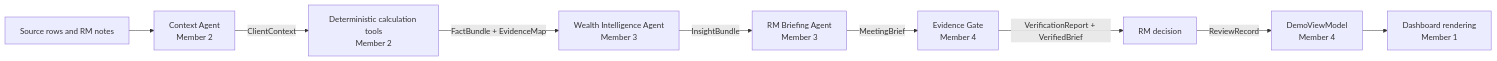
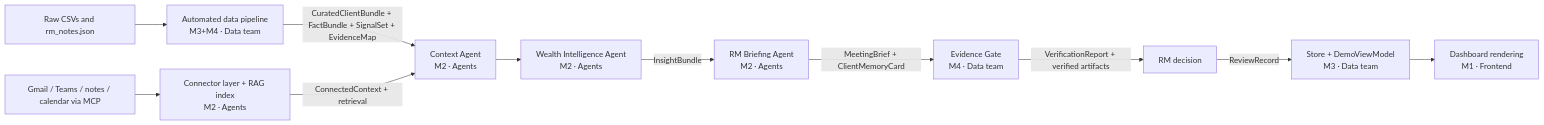
The second of 4 diagrams in docs/PRD_TEAMS_RM_INTELLIGENCE.md (choiwab/SingHacks-2026), drawn with Mermaid before and after one commit. The commit also changed other lines of this file, not shown here.

````diff
--- a/docs/PRD_TEAMS_RM_INTELLIGENCE.md
+++ b/docs/PRD_TEAMS_RM_INTELLIGENCE.md
@@ -440,11 +537,13 @@
 ```mermaid
 flowchart LR
-    A[Source rows and RM notes] --> B[Context Agent<br/>Member 2]
-    B -->|ClientContext| C[Deterministic calculation tools<br/>Member 2]
-    C -->|FactBundle + EvidenceMap| D[Wealth Intelligence Agent<br/>Member 3]
-    D -->|InsightBundle| E[RM Briefing Agent<br/>Member 3]
-    E -->|MeetingBrief| F[Evidence Gate<br/>Member 4]
-    F -->|VerificationReport + VerifiedBrief| G[RM decision]
-    G -->|ReviewRecord| H[DemoViewModel<br/>Member 4]
-    H --> I[Dashboard rendering<br/>Member 1]
+    A[Raw CSVs and rm_notes.json] --> P[Automated data pipeline<br/>M3+M4 · Data team]
+    P -->|CuratedClientBundle + FactBundle + SignalSet + EvidenceMap| C[Context Agent<br/>M2 · Agents]
+    A2[Gmail / Teams / notes / calendar via MCP] --> B2[Connector layer + RAG index<br/>M2 · Agents]
+    B2 -->|ConnectedContext + retrieval| C
+    C --> D[Wealth Intelligence Agent<br/>M2 · Agents]
+    D -->|InsightBundle| E[RM Briefing Agent<br/>M2 · Agents]
+    E -->|MeetingBrief + ClientMemoryCard| F[Evidence Gate<br/>M4 · Data team]
+    F -->|VerificationReport + verified artifacts| G[RM decision]
+    G -->|ReviewRecord| H[Store + DemoViewModel<br/>M3 · Data team]
+    H --> I[Dashboard rendering<br/>M1 · Frontend]
 ```
````
